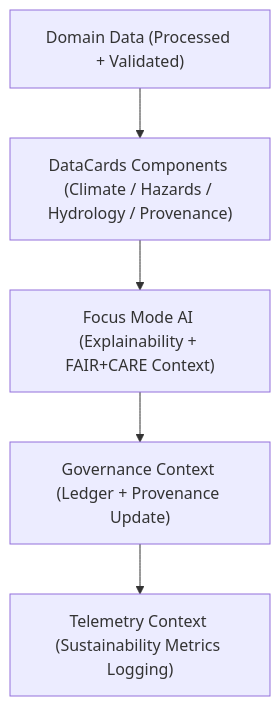
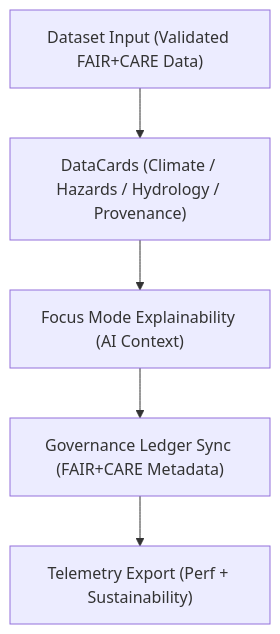
Before and after one commit to bartytime4life/Kansas-Frontier-Matrix: the diagram in web/src/components/DataCards/Readme.md, drawn with Mermaid. The commit also changed other lines of this file, not shown here.

````diff
--- a/web/src/components/DataCards/Readme.md
+++ b/web/src/components/DataCards/Readme.md
@@ -64,7 +55,7 @@
 ```mermaid
 flowchart TD
-    A["Domain Data (Processed + Validated)"] --> B["DataCards Components (Climate / Hazards / Hydrology / Provenance)"]
-    B --> C["Focus Mode AI (Explainability + FAIR+CARE Context)"]
-    C --> D["Governance Context (Ledger + Provenance Update)"]
-    D --> E["Telemetry Context (Sustainability Metrics Logging)"]
+A["Dataset Input (Validated FAIR+CARE Data)"] --> B["DataCards (Climate / Hazards / Hydrology / Provenance)"]
+B --> C["Focus Mode Explainability (AI Context)"]
+C --> D["Governance Ledger Sync (FAIR+CARE Metadata)"]
+D --> E["Telemetry Export (Perf + Sustainability)"]
 ```
````
